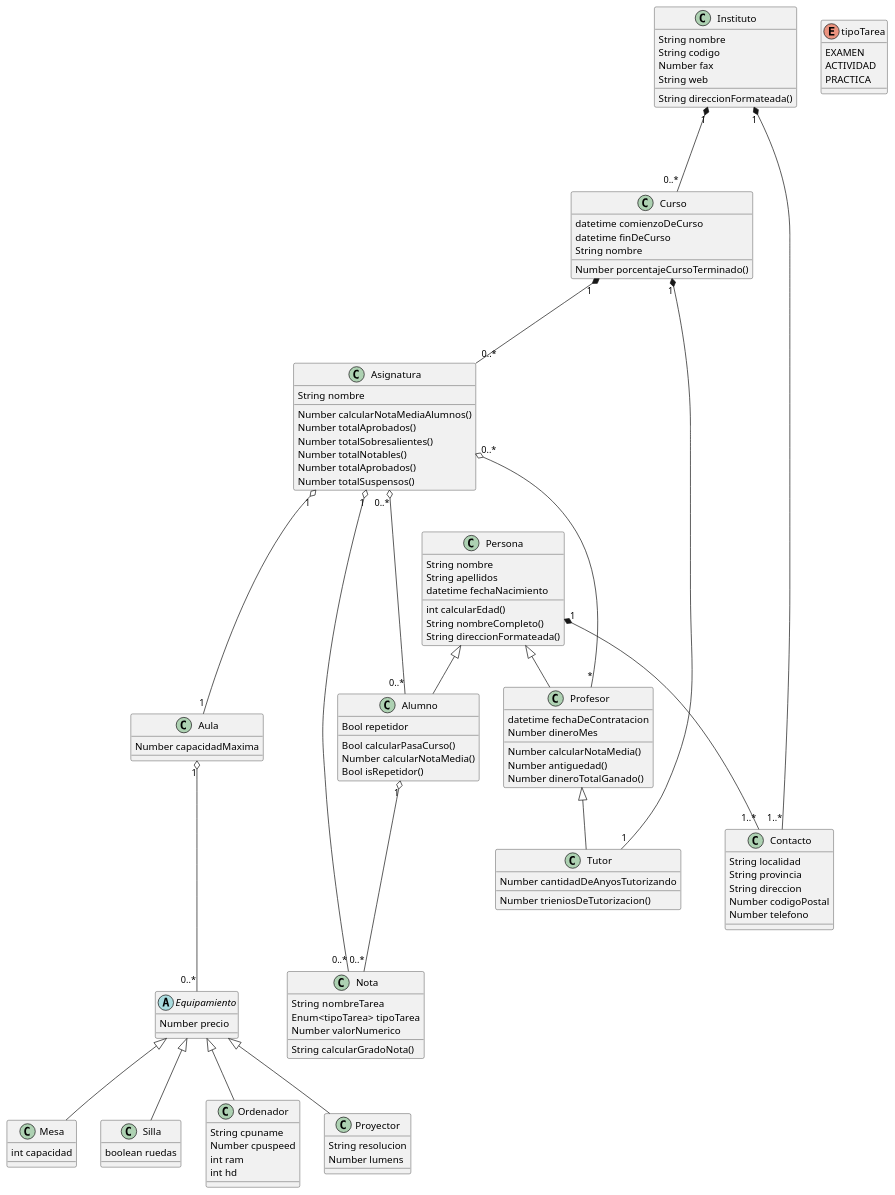
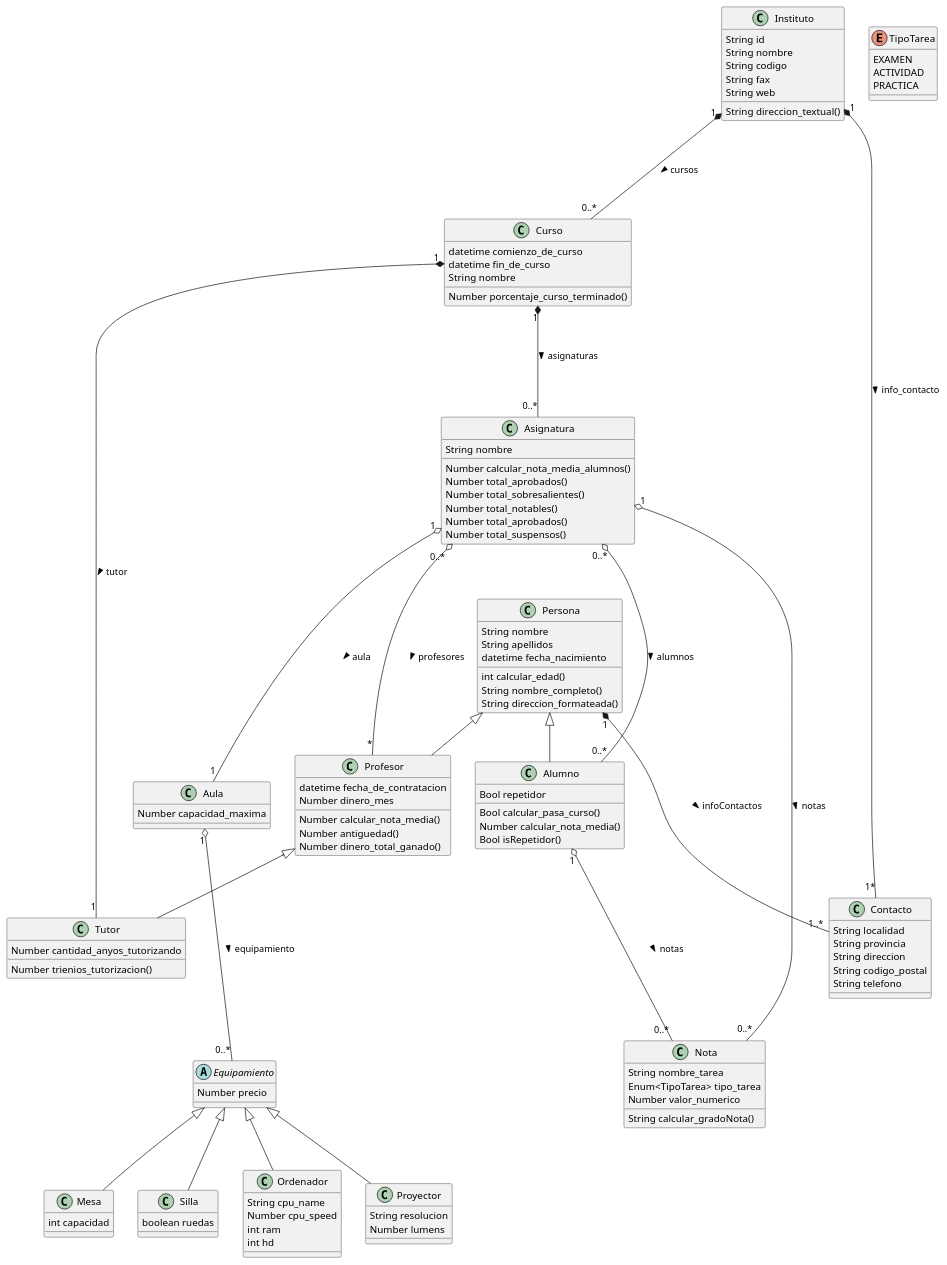
Before and after one commit to manelme/alandalus_pyc2: the diagram in uml/DiagramaClases.puml, drawn with PlantUML. The commit also changed 3 other files, not shown here.

Commit message:
instituto contacto asignatura almost done

```diff
--- a/uml/DiagramaClases.puml
+++ b/uml/DiagramaClases.puml
@@ -1,113 +1,114 @@
 @startuml DiagramaClases
 
-Instituto "1" *--- "0..*" Curso
-Instituto "1" *--- "1..*" Contacto
-Curso "1" *--- "0..*" Asignatura
-Curso  "1" *--- "1" Tutor
-Asignatura "0..*" o--- "*" Profesor
-Asignatura "0..*" o--- "0..*" Alumno
-Asignatura "1" o--- "1" Aula
-Aula "1" o--- "0..*" Equipamiento
-Alumno "1" o--- "0..*" Nota
-Asignatura "1" o--- "0..*" Nota
-Persona "1" *--- "1..*" Contacto
+Instituto "1" *--- "0..*" Curso : cursos >
+Instituto "1" *--- "1*" Contacto : info_contacto >
+Curso "1" *--- "0..*" Asignatura : asignaturas >
+Curso  "1" *--- "1" Tutor : tutor >
+Asignatura "0..*" o--- "*" Profesor : profesores >
+Asignatura "0..*" o--- "0..*" Alumno : alumnos >
+Asignatura "1" o--- "1" Aula : aula >
+Aula "1" o--- "0..*" Equipamiento : equipamiento >
+Alumno "1" o--- "0..*" Nota : notas >
+Asignatura "1" o--- "0..*" Nota : notas >
+Persona "1" *--- "1..*" Contacto : infoContactos >
 
 Persona <|-- Profesor
 Persona <|-- Alumno
 Profesor <|-- Tutor
 Equipamiento <|-- Mesa
 Equipamiento <|-- Silla
 Equipamiento <|-- Ordenador
 Equipamiento <|-- Proyector
 
 
 class Persona {
     String nombre
     String apellidos
-    datetime fechaNacimiento
-    int calcularEdad()
-    String nombreCompleto()
-    String direccionFormateada()
+    datetime fecha_nacimiento
+    int calcular_edad()
+    String nombre_completo()
+    String direccion_formateada()
 }
 class Contacto {
     String localidad
     String provincia
     String direccion
-    Number codigoPostal
-    Number telefono
+    String codigo_postal
+    String telefono
 }
 class Alumno {
     Bool repetidor
-    Bool calcularPasaCurso()
-    Number calcularNotaMedia()
+    Bool calcular_pasa_curso()
+    Number calcular_nota_media()
     Bool isRepetidor()
 }
 class Profesor {
-    datetime fechaDeContratacion
-    Number dineroMes
-    Number calcularNotaMedia()
+    datetime fecha_de_contratacion
+    Number dinero_mes
+    Number calcular_nota_media()
     Number antiguedad()
-    Number dineroTotalGanado()
+    Number dinero_total_ganado()
 }
 class Tutor {
-    Number cantidadDeAnyosTutorizando
-    Number trieniosDeTutorizacion()
+    Number cantidad_anyos_tutorizando
+    Number trienios_tutorizacion()
 }
 class Instituto {
+    String id
     String nombre
     String codigo
-    Number fax
+    String fax
     String web
-    String direccionFormateada()
+    String direccion_textual()
 }
 class Asignatura {
     String nombre
-    Number calcularNotaMediaAlumnos()
-    Number totalAprobados()
-    Number totalSobresalientes()
-    Number totalNotables()
-    Number totalAprobados()
-    Number totalSuspensos()
+    Number calcular_nota_media_alumnos()
+    Number total_aprobados()
+    Number total_sobresalientes()
+    Number total_notables()
+    Number total_aprobados()
+    Number total_suspensos()
     
 }
 class Curso {
-    datetime comienzoDeCurso
-    datetime finDeCurso
+    datetime comienzo_de_curso
+    datetime fin_de_curso
     String nombre
-    Number porcentajeCursoTerminado()
+    Number porcentaje_curso_terminado()
 }
 class Aula {
-    Number capacidadMaxima
+    Number capacidad_maxima
     
 }
 class Nota {
-    String nombreTarea
-    Enum<tipoTarea> tipoTarea
-    Number valorNumerico
-    String calcularGradoNota()
+    String nombre_tarea
+    Enum<TipoTarea> tipo_tarea
+    Number valor_numerico
+    String calcular_gradoNota()
 }
-enum tipoTarea {
+enum TipoTarea {
   EXAMEN
   ACTIVIDAD
   PRACTICA
 }
 abstract Equipamiento {
     Number precio
 }
 class Mesa{
     int capacidad
 }
 class Silla{
     boolean ruedas
 }
 Class Proyector{
     String resolucion
     Number lumens 
 }
 Class Ordenador{
-    String cpuname
-    Number cpuspeed
+    String cpu_name
+    Number cpu_speed
     int ram
     int hd
 }
 @enduml
```
